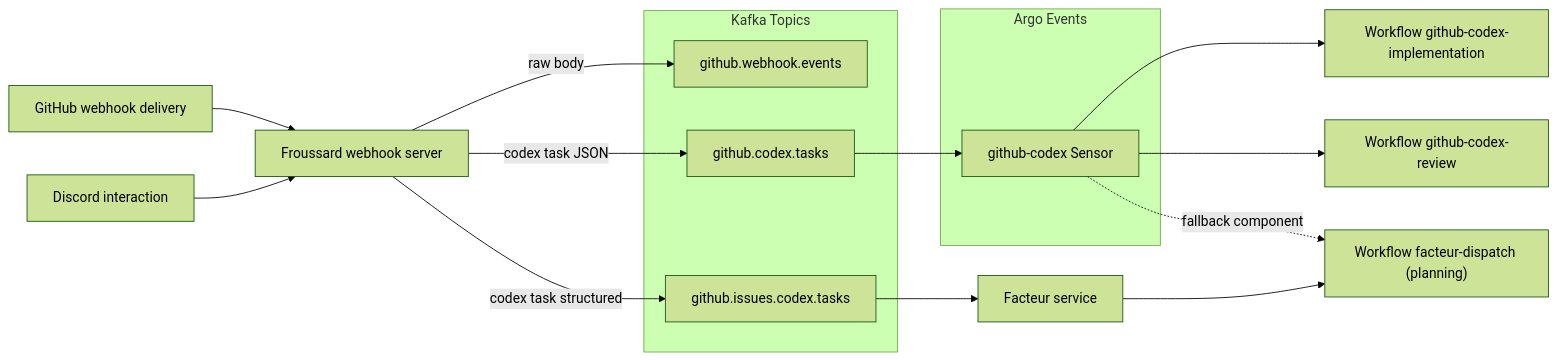
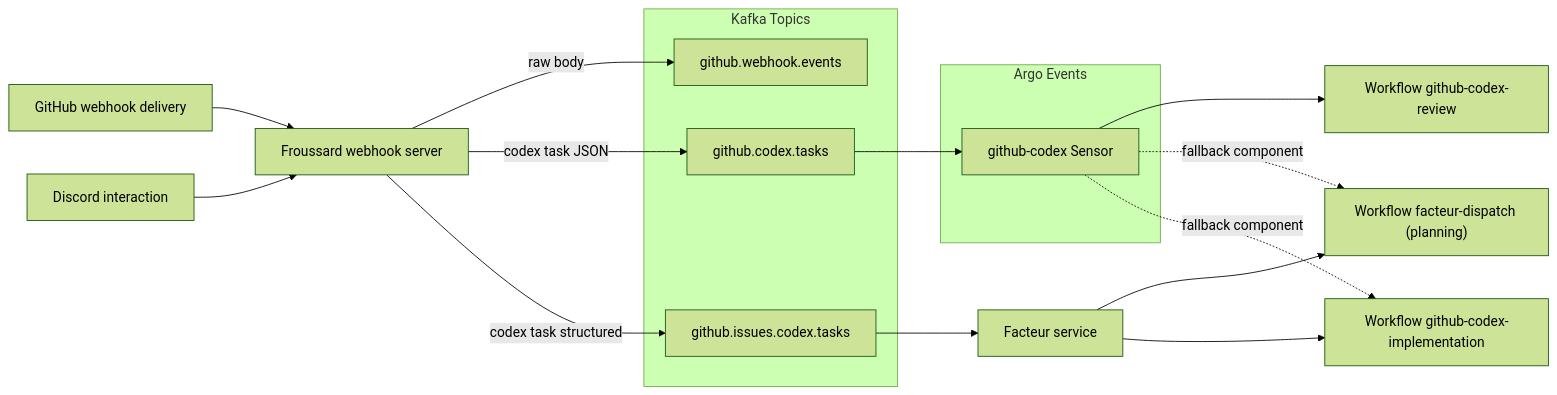
One commit to proompteng/lab changed the diagram in docs/codex-workflow.md. Above: the diagram before and after it, drawn with Mermaid (forest theme). The commit also changed other lines of this file and 5 other files, not shown here.

Commit message:
chore: migrate codex implementation trigger (#1966)

````diff
--- a/docs/codex-workflow.md
+++ b/docs/codex-workflow.md
@@ -19,22 +18,23 @@
 ```mermaid
 flowchart LR
   GH[GitHub webhook delivery] --> Froussard[Froussard webhook server]
   Discord[Discord interaction] --> Froussard
   subgraph Kafka[Kafka Topics]
     Raw[github.webhook.events]
     Tasks[github.codex.tasks]
     Structured[github.issues.codex.tasks]
   end
   Froussard -->|raw body| Raw
   Froussard -->|codex task JSON| Tasks
   Froussard -->|codex task structured| Structured
   Structured --> Facteur[Facteur service]
   subgraph ArgoEvents[Argo Events]
     Sensor[github-codex Sensor]
   end
   Tasks --> Sensor
   Facteur --> FacteurPlanning["Workflow facteur-dispatch (planning)"]
-  Sensor --> Implementation["Workflow github-codex-implementation"]
+  Facteur --> Implementation["Workflow github-codex-implementation"]
   Sensor --> Review["Workflow github-codex-review"]
   Sensor -. fallback component .-> FacteurPlanning
+  Sensor -. fallback component .-> Implementation
 ```
````
